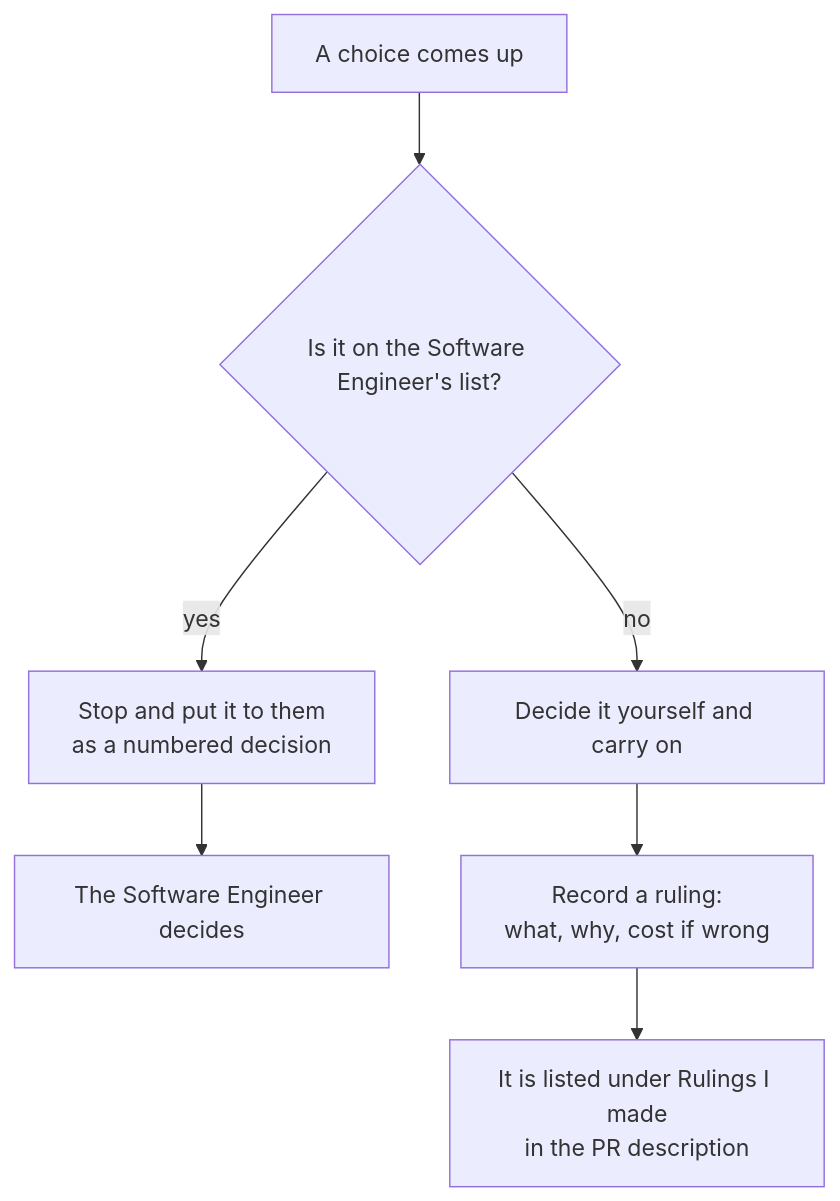
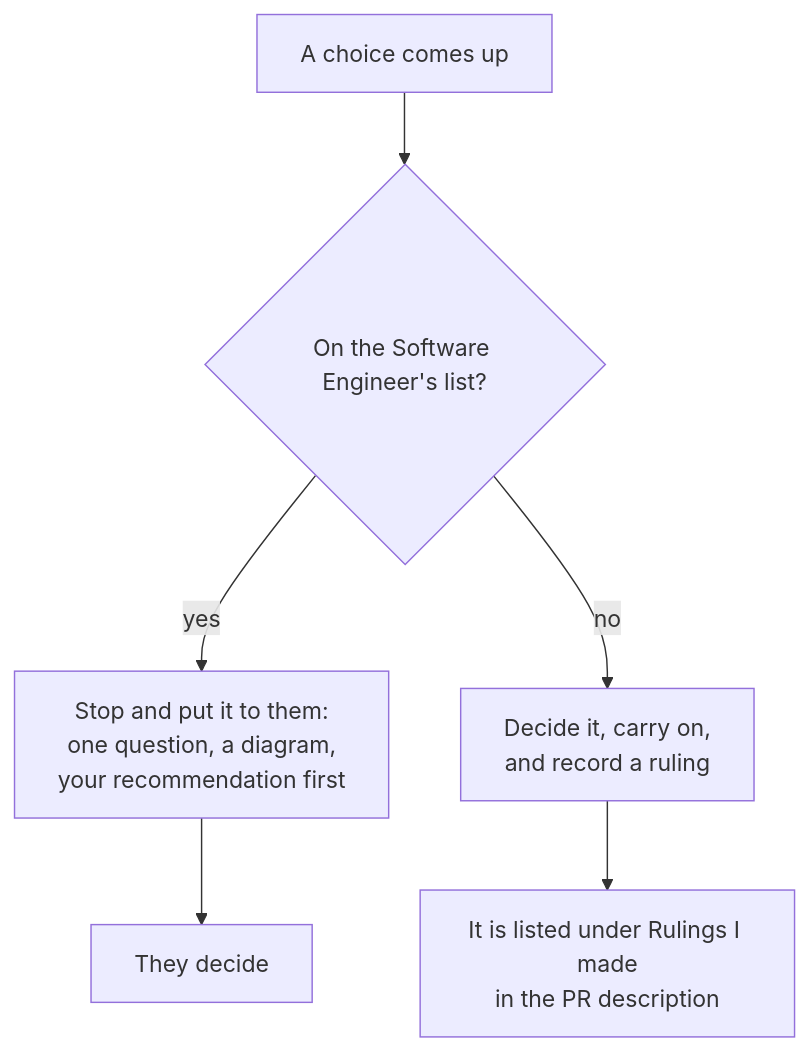
The diagram in docs/agents/working-with-the-engineer.md (chandanbsd/baseline-framework), drawn with Mermaid before and after one commit. The commit also changed other lines of this file and 6 other files, not shown here.

First line of the commit message:
docs: AGENTS.md and the playbooks follow the new flow, and the docs-agent playbook goes

````diff
--- a/docs/agents/working-with-the-engineer.md
+++ b/docs/agents/working-with-the-engineer.md
@@ -21,13 +11,8 @@
 ```mermaid
 flowchart TD
-    Q["A choice comes up"]
-    N{"Is it on the Software Engineer's list?"}
-    ASK["Stop and put it to them<br/>as a numbered decision"]
-    SE["The Software Engineer decides"]
-    ME["Decide it yourself and carry on"]
-    R["Record a ruling:<br/>what, why, cost if wrong"]
-    PR["It is listed under Rulings I made<br/>in the PR description"]
-    Q --> N
-    N -->|"yes"| ASK --> SE
-    N -->|"no"| ME --> R --> PR
+    Q["A choice comes up"] --> N{"On the Software Engineer's list?"}
+    N -->|"yes"| ASK["Stop and put it to them:<br/>one question, a diagram,<br/>your recommendation first"]
+    N -->|"no"| ME["Decide it, carry on,<br/>and record a ruling"]
+    ASK --> SE["They decide"]
+    ME --> PR["It is listed under Rulings I made<br/>in the PR description"]
 ```
````
